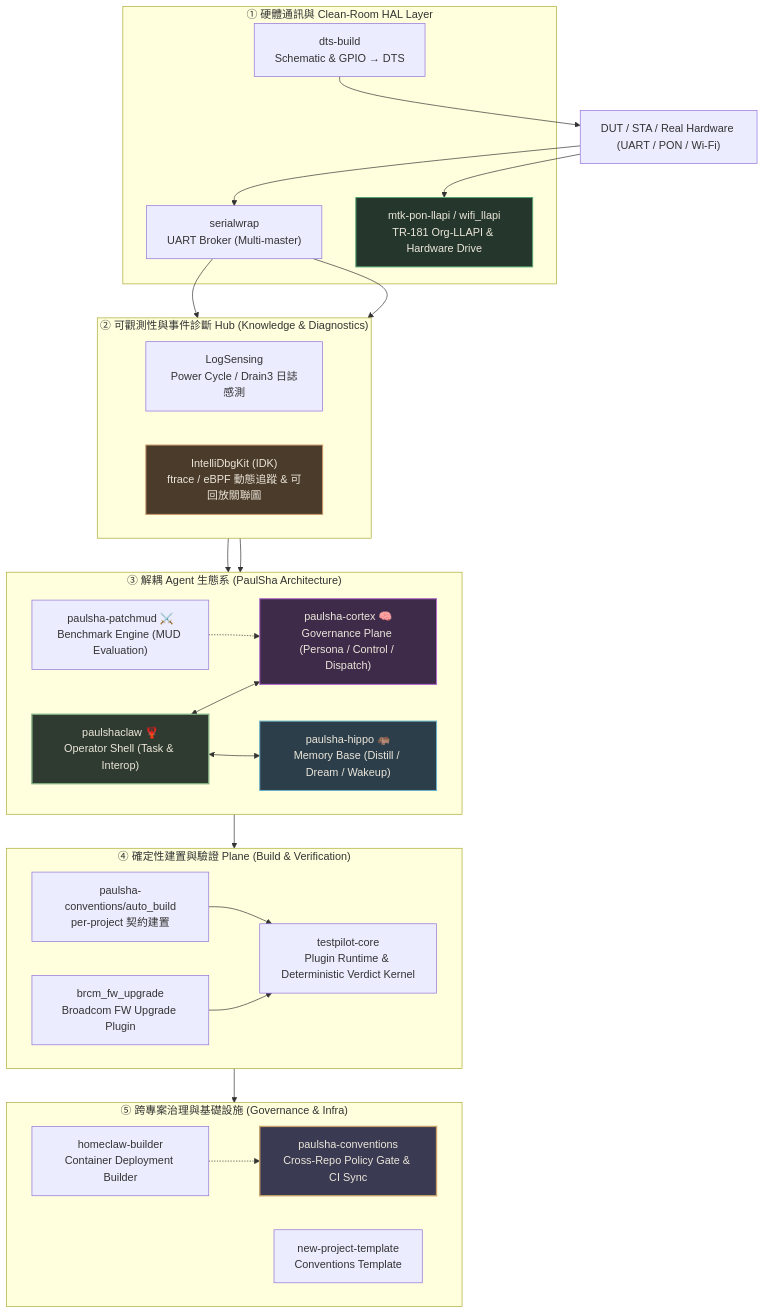
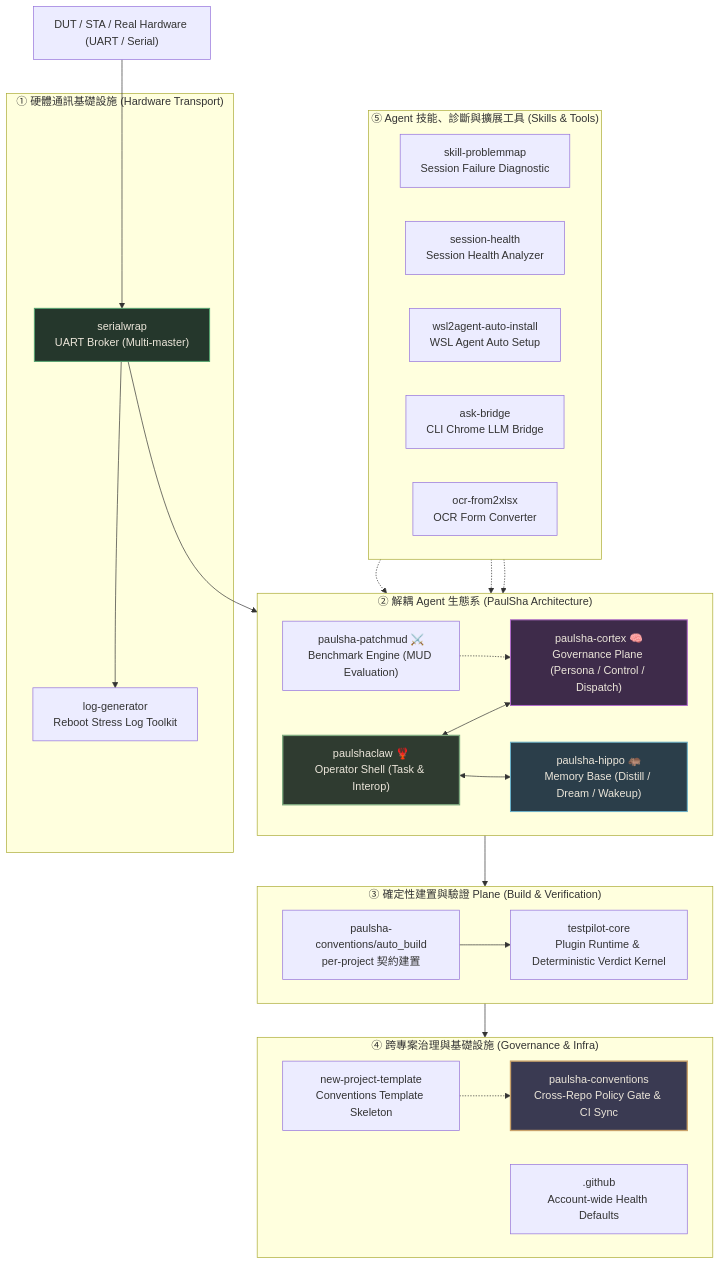
The first of 2 diagrams in README.md (hamanpaul/hamanpaul), drawn with Mermaid before and after one commit. The commit also changed other lines of this file, not shown here.

````diff
--- a/README.md
+++ b/README.md
@@ -13,61 +13,59 @@
 ```mermaid
 flowchart TD
-    HW["DUT / STA / Real Hardware (UART / PON / Wi-Fi)"]
+    HW["DUT / STA / Real Hardware (UART / Serial)"]
 
-    subgraph P1["① 硬體通訊與 Clean-Room HAL Layer"]
+    subgraph P1["① 硬體通訊基礎設施 (Hardware Transport)"]
         SW["serialwrap<br/>UART Broker (Multi-master)"]
-        HAL["mtk-pon-llapi / wifi_llapi<br/>TR-181 Org-LLAPI & Hardware Drive"]
-        DTS["dts-build<br/>Schematic & GPIO → DTS"]
+        LOGGEN["log-generator<br/>Reboot Stress Log Toolkit"]
     end
 
-    subgraph P2["② 可觀測性與事件診斷 Hub (Knowledge & Diagnostics)"]
-        direction LR
-        LS["LogSensing<br/>Power Cycle / Drain3 日誌感測"]
-        IDK["IntelliDbgKit (IDK)<br/>ftrace / eBPF 動態追蹤 & 可回放關聯圖"]
-    end
-
-    subgraph P3["③ 解耦 Agent 生態系 (PaulSha Architecture)"]
+    subgraph P2["② 解耦 Agent 生態系 (PaulSha Architecture)"]
         direction LR
         CLAW["paulshaclaw 🦞<br/>Operator Shell (Task & Interop)"]
         HIPPO["paulsha-hippo 🦛<br/>Memory Base (Distill / Dream / Wakeup)"]
         CORTEX["paulsha-cortex 🧠<br/>Governance Plane (Persona / Control / Dispatch)"]
         MUD["paulsha-patchmud ⚔️<br/>Benchmark Engine (MUD Evaluation)"]
     end
 
-    subgraph P4["④ 確定性建置與驗證 Plane (Build & Verification)"]
+    subgraph P3["③ 確定性建置與驗證 Plane (Build & Verification)"]
         direction LR
         BUILD["paulsha-conventions/auto_build<br/>per-project 契約建置"]
         TP["testpilot-core<br/>Plugin Runtime & Deterministic Verdict Kernel"]
-        FW["brcm_fw_upgrade<br/>Broadcom FW Upgrade Plugin"]
     end
 
-    subgraph P5["⑤ 跨專案治理與基礎設施 (Governance & Infra)"]
+    subgraph P4["④ 跨專案治理與基礎設施 (Governance & Infra)"]
         direction LR
         GOV["paulsha-conventions<br/>Cross-Repo Policy Gate & CI Sync"]
-        TPL["new-project-template<br/>Conventions Template"]
-        HOME["homeclaw-builder<br/>Container Deployment Builder"]
+        TPL["new-project-template<br/>Conventions Template Skeleton"]
+        GH[".github<br/>Account-wide Health Defaults"]
+    end
+
+    subgraph P5["⑤ Agent 技能、診斷與擴展工具 (Skills & Tools)"]
+        direction LR
+        PM["skill-problemmap<br/>Session Failure Diagnostic"]
+        SH["session-health<br/>Session Health Analyzer"]
+        WSL["wsl2agent-auto-install<br/>WSL Agent Auto Setup"]
+        ASK["ask-bridge<br/>CLI Chrome LLM Bridge"]
+        OCR["ocr-from2xlsx<br/>OCR Form Converter"]
     end
 
     HW --> SW
-    HW --> HAL
-    DTS --> HW
-    SW --> LS
-    SW --> IDK
-    LS --> HIPPO
-    IDK --> CLAW
+    SW --> LOGGEN
+    SW --> CLAW
     CLAW <--> CORTEX
     CLAW <--> HIPPO
     CORTEX --> BUILD
     BUILD --> TP
-    FW --> TP
     TP --> GOV
     MUD -.-> CORTEX
-    HOME -.-> GOV
+    TPL -.-> GOV
+    PM -.-> CLAW
+    SH -.-> CLAW
+    WSL -.-> CLAW
 
     style GOV fill:#3a3a52,stroke:#c9a26a,stroke-width:2px,color:#ece6da
     style CLAW fill:#2f3b30,stroke:#7faa7f,stroke-width:2px,color:#ece6da
     style HIPPO fill:#2b3e4a,stroke:#6ab0c9,stroke-width:1.5px,color:#ece6da
     style CORTEX fill:#3e2b4a,stroke:#b06ac9,stroke-width:1.5px,color:#ece6da
-    style IDK fill:#4a3b2b,stroke:#c99a6a,stroke-width:1.5px,color:#ece6da
-    style HAL fill:#25372c,stroke:#55a370,stroke-width:1.5px,color:#ece6da
+    style SW fill:#25372c,stroke:#55a370,stroke-width:1.5px,color:#ece6da
 ```
````
